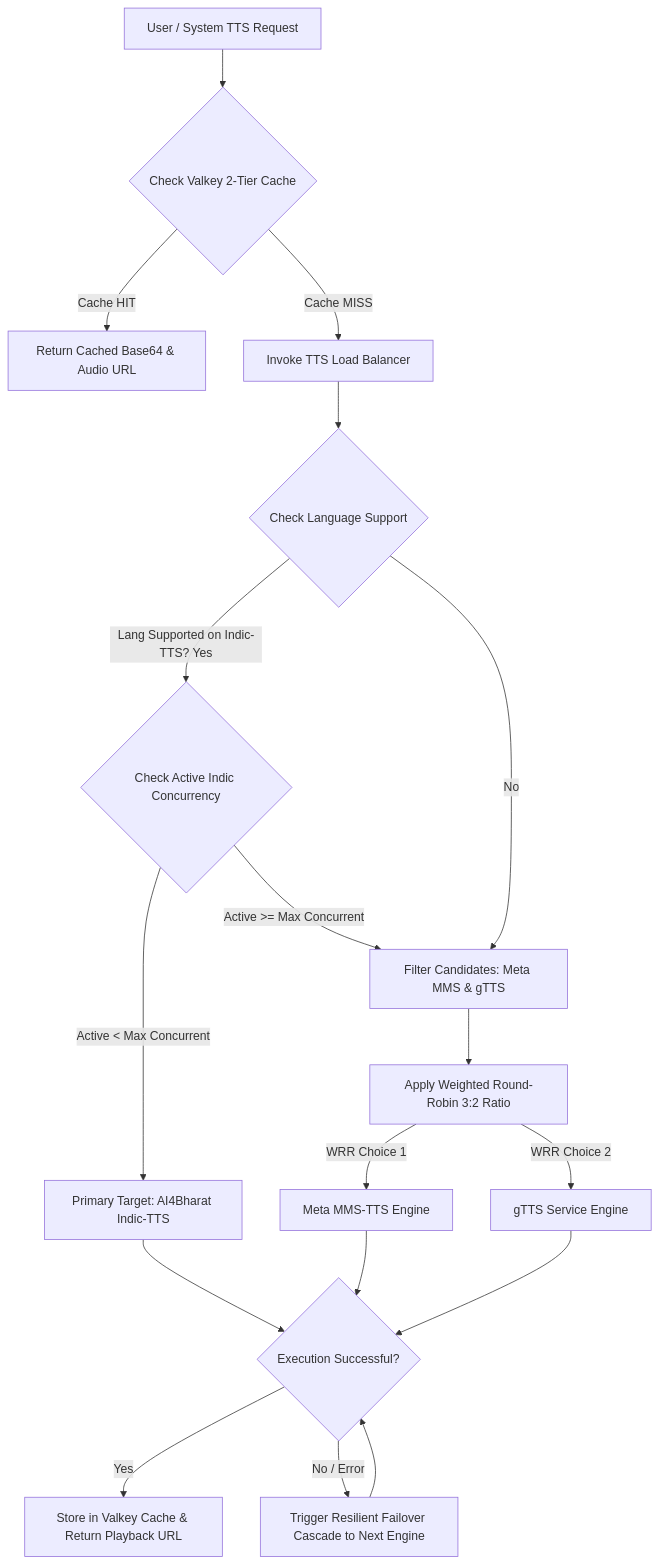
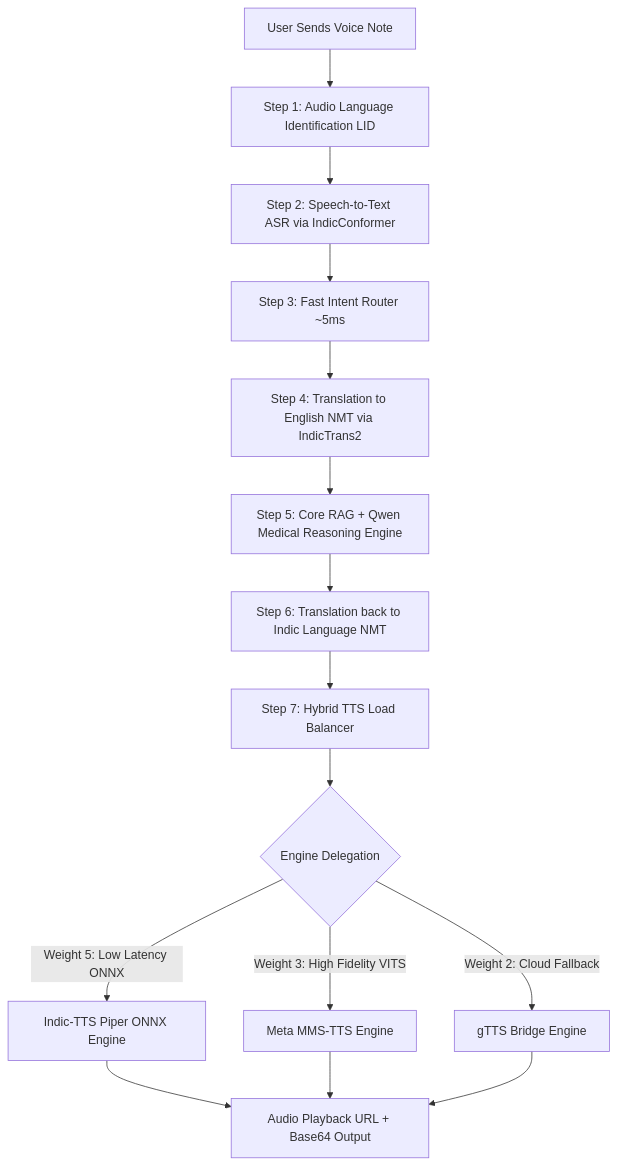
Before and after one commit to suyash-rgb/AarogyaMitra: the first of 2 diagrams in indic_language_support.md, drawn with Mermaid. The commit also changed other lines of this file and 2 other files, not shown here.

First line of the commit message:
feat(tts): expand voice support to 22 languages

````diff
--- a/indic_language_support.md
+++ b/indic_language_support.md
@@ -268,27 +11,17 @@
 ```mermaid
 flowchart TD
-    A[User / System TTS Request] --> B{Check Valkey 2-Tier Cache}
-    
-    B -->|Cache HIT| C[Return Cached Base64 & Audio URL]
-    B -->|Cache MISS| D[Invoke TTS Load Balancer]
-
-    D --> E{Check Language Support}
-    
-    E -->|Lang Supported on Indic-TTS? Yes| F{Check Active Indic Concurrency}
-    E -->|No| H[Filter Candidates: Meta MMS & gTTS]
-    
-    F -->|Active < Max Concurrent| G[Primary Target: AI4Bharat Indic-TTS]
-    F -->|Active >= Max Concurrent| H
-    
-    H --> I[Apply Weighted Round-Robin 3:2 Ratio]
-    I -->|WRR Choice 1| J[Meta MMS-TTS Engine]
-    I -->|WRR Choice 2| K[gTTS Service Engine]
-    
-    G --> L{Execution Successful?}
-    J --> L
-    K --> L
-    
-    L -->|Yes| M[Store in Valkey Cache & Return Playback URL]
-    L -->|No / Error| N[Trigger Resilient Failover Cascade to Next Engine]
-    N --> L
+    A[User Sends Voice Note] --> B[Step 1: Audio Language Identification LID]
+    B --> C[Step 2: Speech-to-Text ASR via IndicConformer]
+    C --> D[Step 3: Fast Intent Router ~5ms]
+    D --> E[Step 4: Translation to English NMT via IndicTrans2]
+    E --> F[Step 5: Core RAG + Qwen Medical Reasoning Engine]
+    F --> G[Step 6: Translation back to Indic Language NMT]
+    G --> H[Step 7: Hybrid TTS Load Balancer]
+    H --> I{Engine Delegation}
+    I -->|Weight 5: Low Latency ONNX| J[Indic-TTS Piper ONNX Engine]
+    I -->|Weight 3: High Fidelity VITS| K[Meta MMS-TTS Engine]
+    I -->|Weight 2: Cloud Fallback| L[gTTS Bridge Engine]
+    J --> M[Audio Playback URL + Base64 Output]
+    K --> M
+    L --> M
 ```
````
